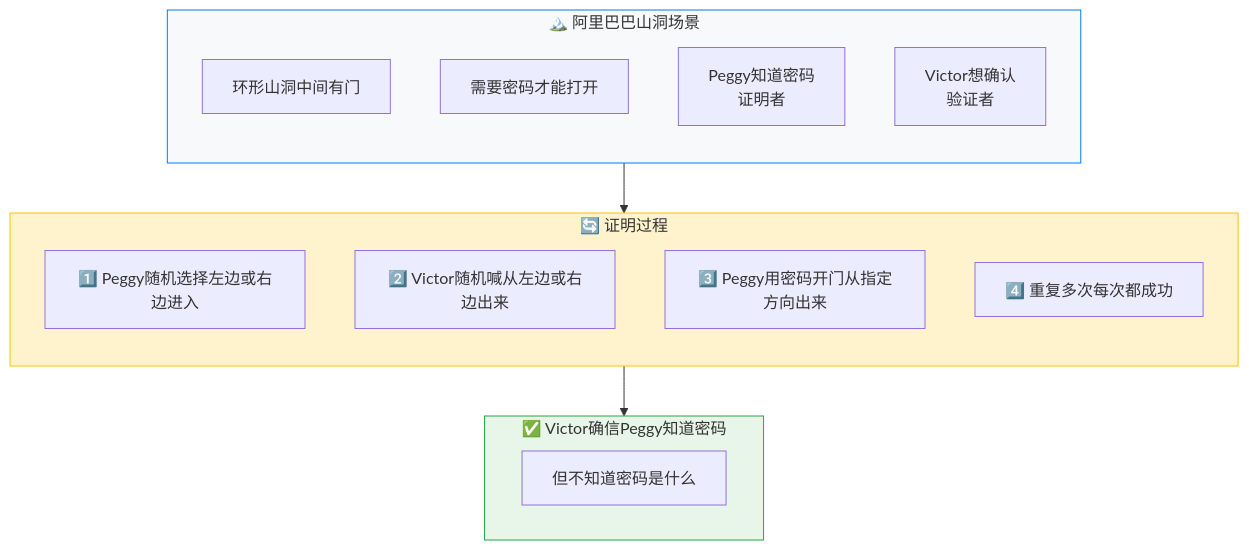
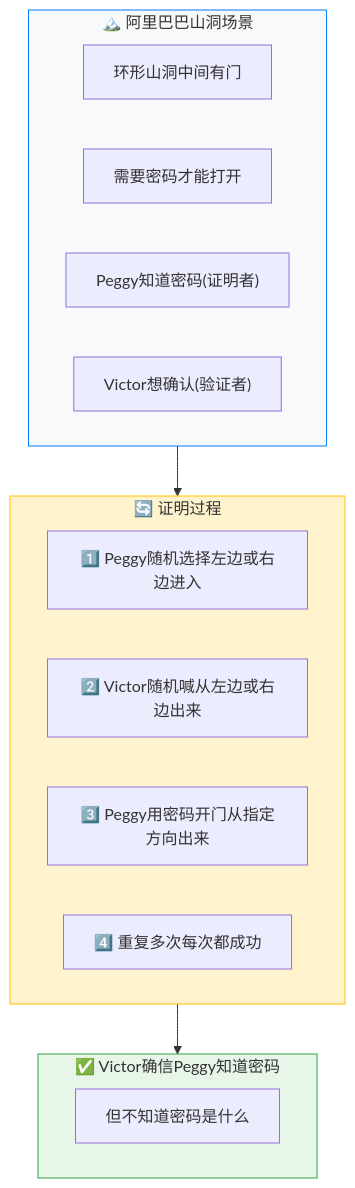
The first of 9 diagrams in docs/《精通以太坊》/第17章-零知识证明.md (web3-wallet-org/web3-wallet-notes), drawn with Mermaid before and after one commit. The commit also changed other lines of this file and 5 other files, not shown here.

````diff
--- a/docs/《精通以太坊》/第17章-零知识证明.md
+++ b/docs/《精通以太坊》/第17章-零知识证明.md
@@ -11,29 +11,27 @@
 ```mermaid
 graph TB
     subgraph Scenario["🏔️ 阿里巴巴山洞场景"]
-        direction TB
         S1["环形山洞中间有门"]
         S2["需要密码才能打开"]
-        S3["Peggy知道密码<br/>证明者"]
-        S4["Victor想确认<br/>验证者"]
+        S3["Peggy知道密码(证明者)"]
+        S4["Victor想确认(验证者)"]
     end
     
     subgraph Process["🔄 证明过程"]
-        direction TB
         P1["1️⃣ Peggy随机选择左边或右边进入"]
         P2["2️⃣ Victor随机喊从左边或右边出来"]
         P3["3️⃣ Peggy用密码开门从指定方向出来"]
         P4["4️⃣ 重复多次每次都成功"]
     end
     
     subgraph Result["✅ Victor确信Peggy知道密码"]
         R1["但不知道密码是什么"]
     end
     
     Scenario --> Process
     Process --> Result
     
     style Scenario fill:#f8f9fa,stroke:#007bff,color:#333
     style Process fill:#fff3cd,stroke:#ffc107,color:#333
     style Result fill:#e8f5e9,stroke:#28a745,color:#333
 ```
````
